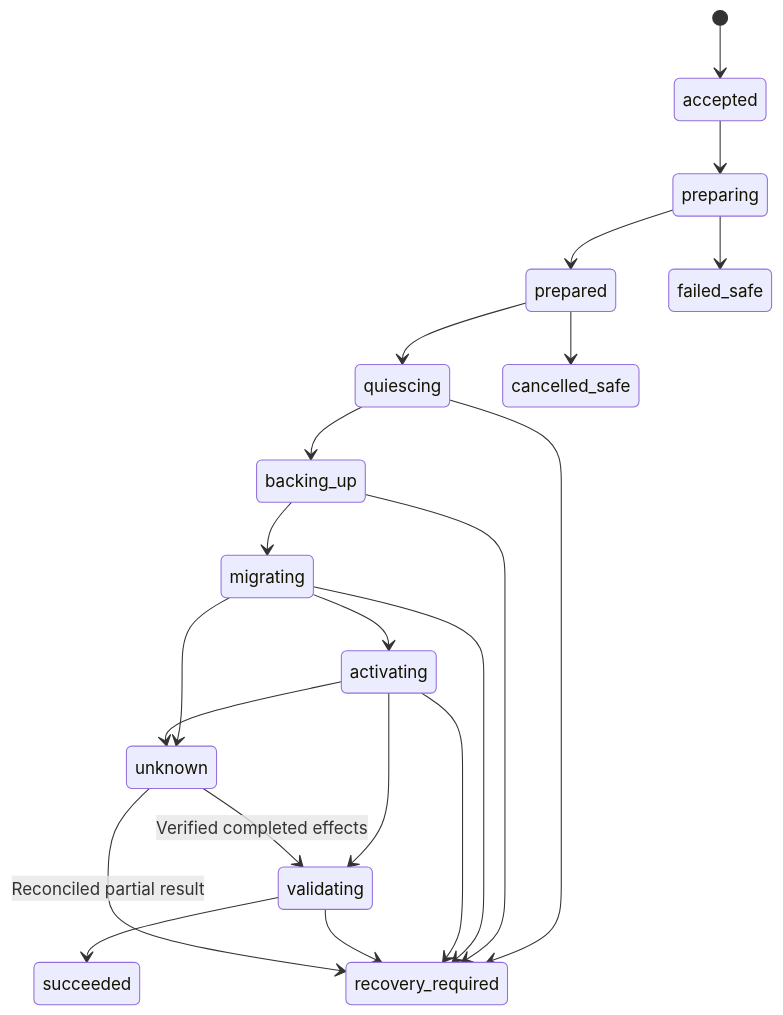
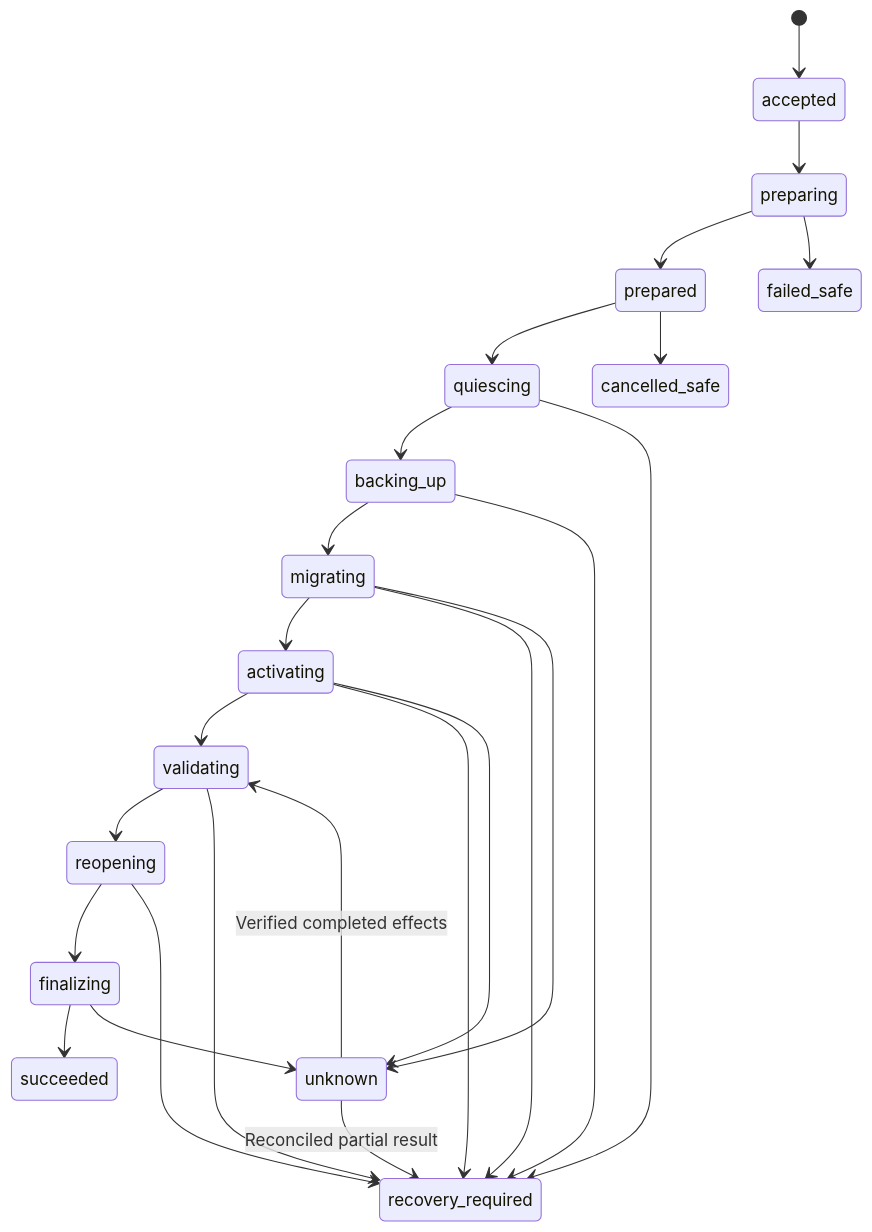
Before and after one commit to flamoris-jp/flamoris-updater: the diagram in docs/EXECUTION_RECOVERY.md, drawn with Mermaid. The commit also changed other lines of this file and 16 other files, not shown here.

````diff
--- a/docs/EXECUTION_RECOVERY.md
+++ b/docs/EXECUTION_RECOVERY.md
@@ -45,23 +47,27 @@
 ```mermaid
 stateDiagram-v2
   [*] --> accepted
   accepted --> preparing
   preparing --> prepared
   prepared --> quiescing
   quiescing --> backing_up
   backing_up --> migrating
   migrating --> activating
   activating --> validating
-  validating --> succeeded
+  validating --> reopening
+  reopening --> finalizing
+  finalizing --> succeeded
   preparing --> failed_safe
   prepared --> cancelled_safe
   quiescing --> recovery_required
   backing_up --> recovery_required
   migrating --> recovery_required
   activating --> recovery_required
   validating --> recovery_required
+  reopening --> recovery_required
+  finalizing --> unknown
   migrating --> unknown
   activating --> unknown
   unknown --> recovery_required: Reconciled partial result
   unknown --> validating: Verified completed effects
 ```
````
